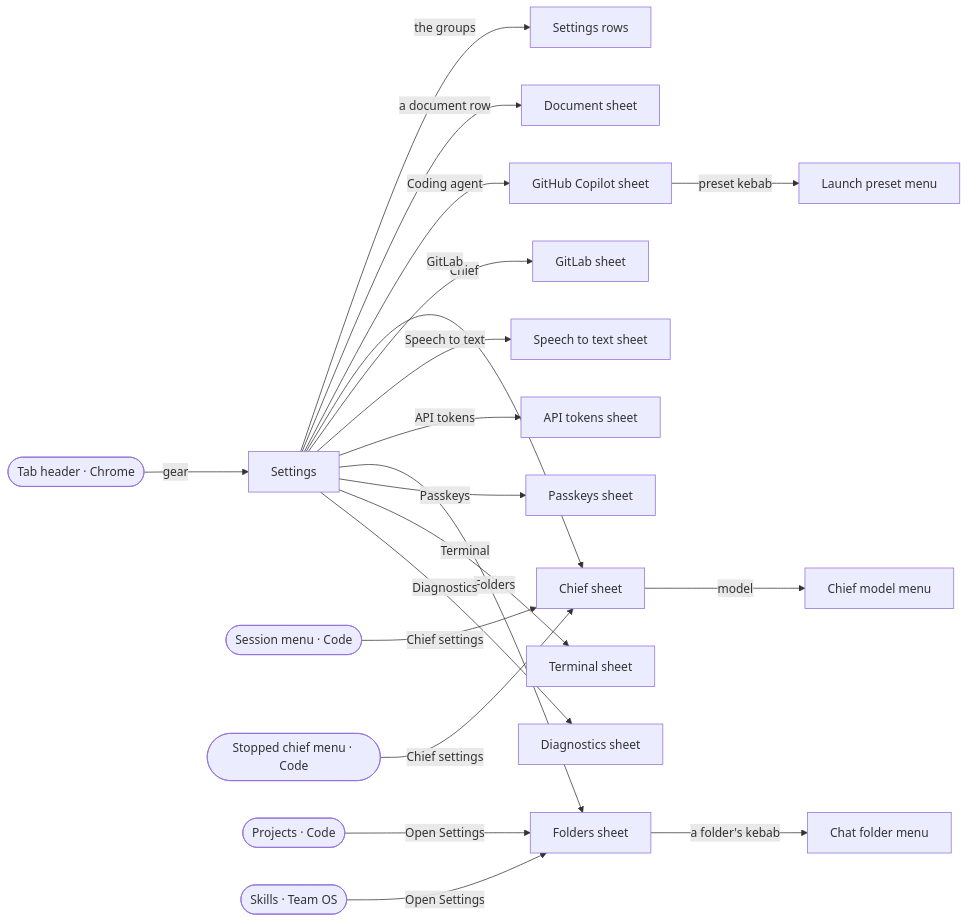
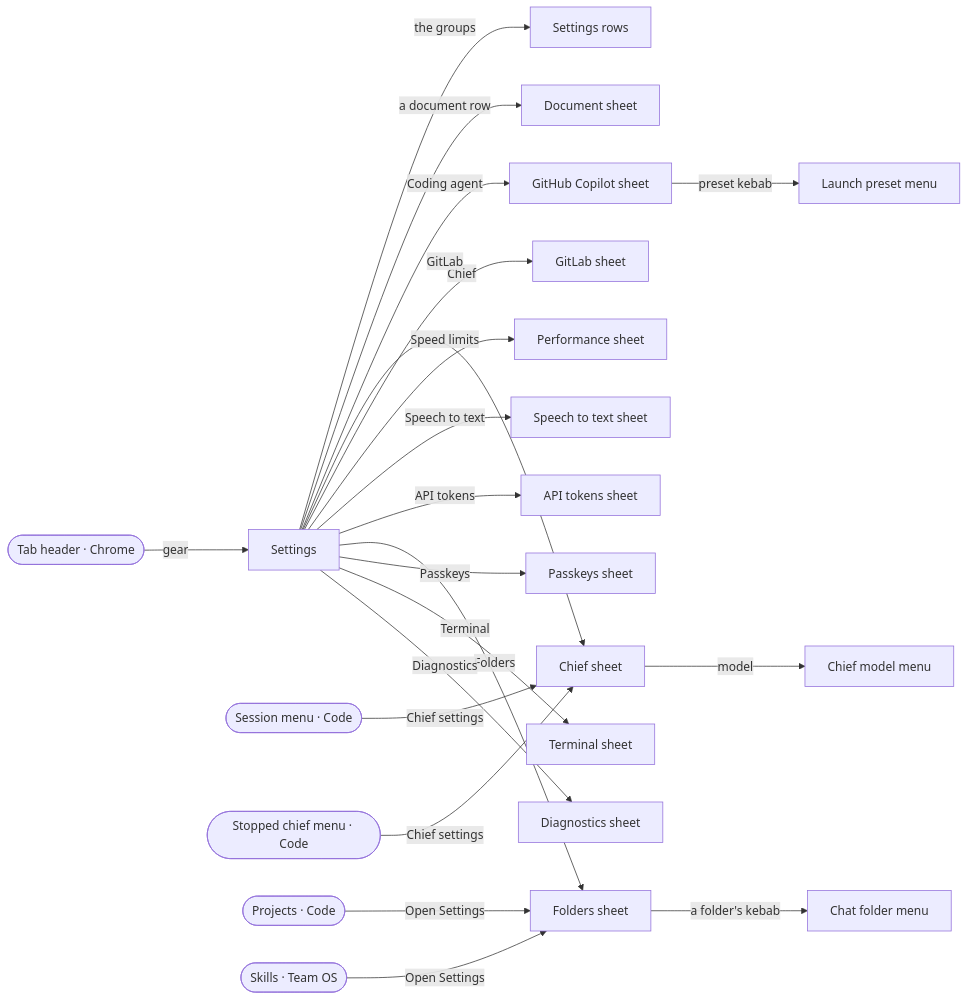
One commit to ferraroroberto/app-launcher-lite changed the tenth of 11 diagrams in docs/ux-surface-map.md. Above: the diagram before and after it, drawn with Mermaid. The commit also changed other lines of this file and 43 other files, not shown here.

First line of the commit message:
feat: Settings > Performance with tunable poll and pool limits (#484) (#501)

````diff
--- a/docs/ux-surface-map.md
+++ b/docs/ux-surface-map.md
@@ -1346,42 +1346,44 @@
 ```mermaid
 flowchart LR
   s84["Settings"]
   s85["Settings rows"]
   s86["Document sheet"]
   s87["GitHub Copilot sheet"]
   s88["Chief sheet"]
   s89["Chief model menu"]
   s90["GitLab sheet"]
   s91["Speech to text sheet"]
   s92["Launch preset menu"]
   s93["API tokens sheet"]
   s94["Folders sheet"]
   s95["Chat folder menu"]
   s96["Passkeys sheet"]
   s97["Terminal sheet"]
-  s98["Diagnostics sheet"]
+  s98["Performance sheet"]
+  s99["Diagnostics sheet"]
   s1(["Tab header · Chrome"])
   s12(["Session menu · Code"])
   s13(["Stopped chief menu · Code"])
   s14(["Projects · Code"])
   s63(["Skills · Team OS"])
   s1 -->|"gear"| s84
   s12 -->|"Chief settings"| s88
   s13 -->|"Chief settings"| s88
   s14 -->|"Open Settings"| s94
   s63 -->|"Open Settings"| s94
   s84 -->|"the groups"| s85
   s84 -->|"a document row"| s86
   s84 -->|"Coding agent"| s87
   s84 -->|"Chief"| s88
   s84 -->|"GitLab"| s90
+  s84 -->|"Speed limits"| s98
   s84 -->|"Speech to text"| s91
   s84 -->|"API tokens"| s93
   s84 -->|"Folders"| s94
   s84 -->|"Passkeys"| s96
   s84 -->|"Terminal"| s97
-  s84 -->|"Diagnostics"| s98
+  s84 -->|"Diagnostics"| s99
   s87 -->|"preset kebab"| s92
   s88 -->|"model"| s89
   s94 -->|"a folder's kebab"| s95
 ```
````
